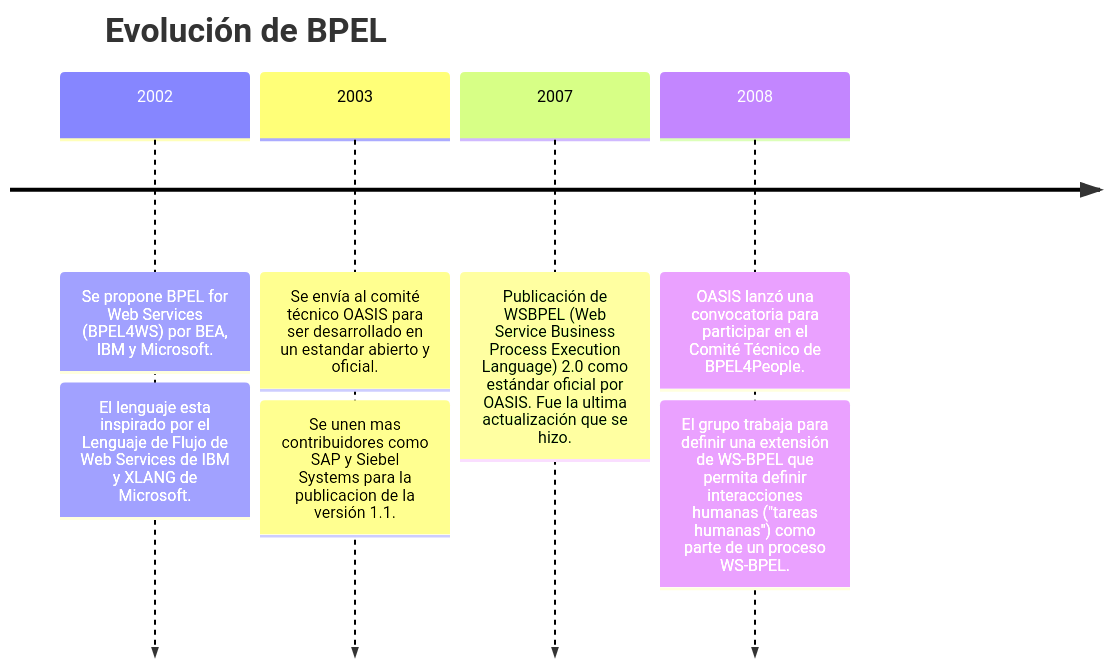
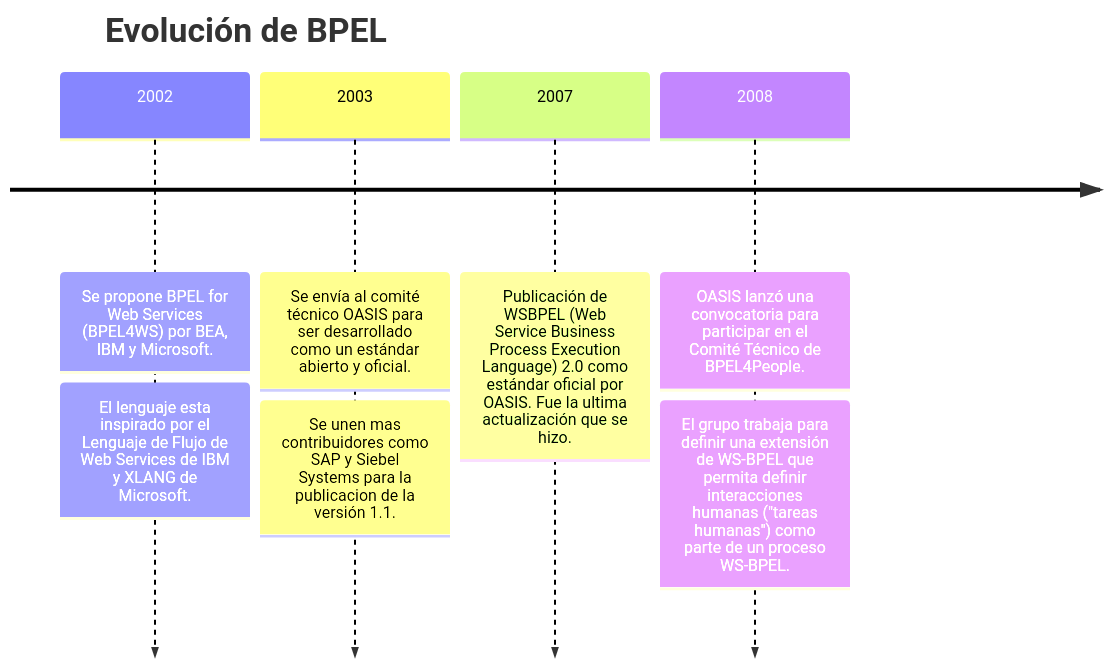
The second of 3 diagrams in rpalma_BPEL/rpalma_BPEL.md (misaelnieto/itm_2025_soa_u4), drawn with Mermaid before and after one commit.

````diff
--- a/rpalma_BPEL/rpalma_BPEL.md
+++ b/rpalma_BPEL/rpalma_BPEL.md
@@ -83,12 +83,12 @@
 ```mermaid
 timeline
     title Evolución de BPEL
     2002 : Se propone BPEL for Web Services (BPEL4WS) por BEA, IBM y Microsoft.
          : El lenguaje esta inspirado por el Lenguaje de Flujo de Web Services de IBM y XLANG de Microsoft.
-    2003 : Se envía al comité técnico OASIS para ser desarrollado en un estandar abierto y oficial.
+    2003 : Se envía al comité técnico OASIS para ser desarrollado como un estándar abierto y oficial.
          : Se unen mas contribuidores como SAP y Siebel Systems para la publicacion de la versión 1.1.
     2007 : Publicación de WSBPEL (Web Service Business Process Execution Language) 2.0 como estándar oficial por OASIS. Fue la ultima actualización que se hizo.
     2008 : OASIS lanzó una convocatoria para participar en el Comité Técnico de BPEL4People. 
          : El grupo trabaja para definir una extensión de WS-BPEL que permita definir interacciones humanas ("tareas humanas") como parte de un proceso WS-BPEL.
 
 ```
````
